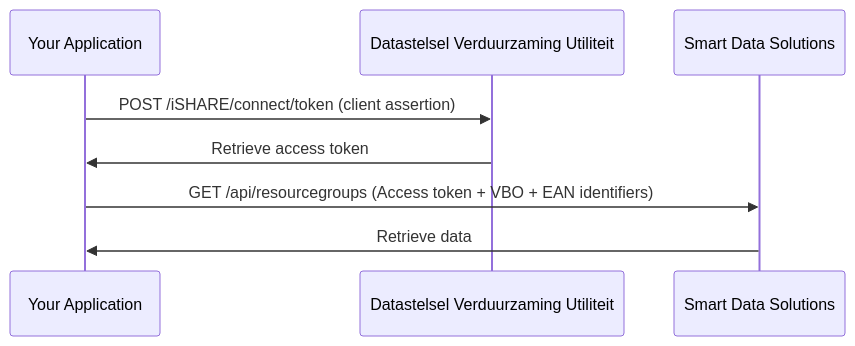
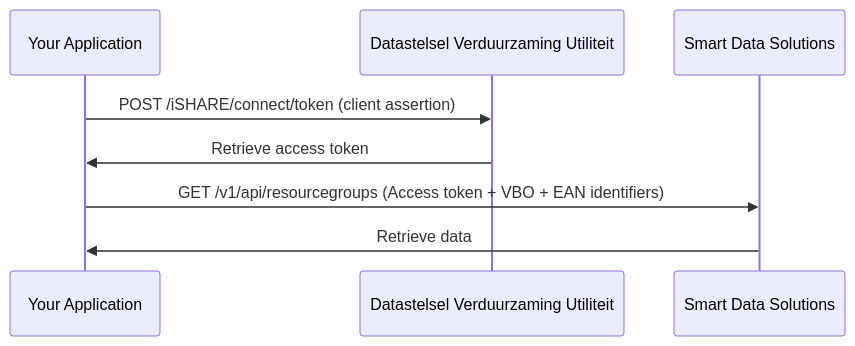
One commit to POORT8/Poort8.Docs changed the diagram in dvu/sds-data-retrieval.md. Above: the diagram before and after it, drawn with Mermaid. The commit also changed 2 other files, not shown here.

Commit message:
Deploy dvu docs: 6e06a5beae272c72eed9c70ff3568d77f3adb193

````diff
--- a/dvu/sds-data-retrieval.md
+++ b/dvu/sds-data-retrieval.md
@@ -11,10 +11,10 @@
 ```mermaid
 sequenceDiagram
     participant App as Your Application
     participant DVU as Datastelsel Verduurzaming Utiliteit
     participant SDS as Smart Data Solutions
     App->>DVU: POST /iSHARE/connect/token (client assertion)
     DVU->>App: Retrieve access token
-    App->>SDS: GET /api/resourcegroups (Access token + VBO + EAN identifiers)
+    App->>SDS: GET /v1/api/resourcegroups (Access token + VBO + EAN identifiers)
     SDS->>App: Retrieve data
 ```
````
